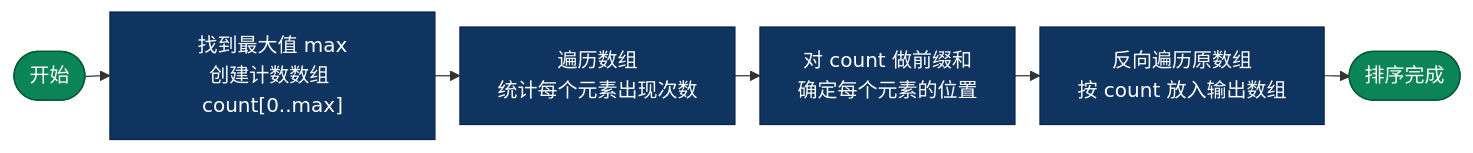
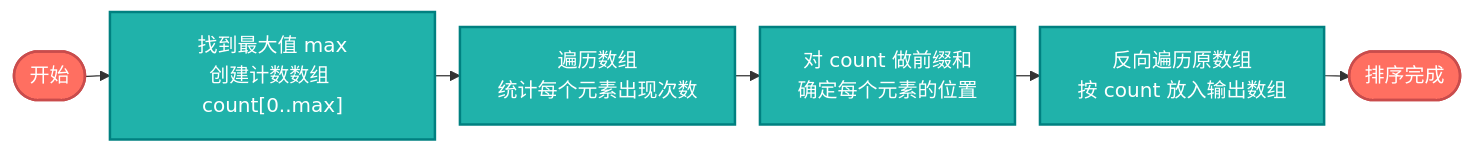
The tenth of 14 diagrams in sorting/AI-Era-Top-10-Sorting-Algorithms.md (microwind/algorithms), drawn with Mermaid before and after one commit. The commit also changed other lines of this file and 36 other files, not shown here.

````diff
--- a/sorting/AI-Era-Top-10-Sorting-Algorithms.md
+++ b/sorting/AI-Era-Top-10-Sorting-Algorithms.md
@@ -615,15 +628,16 @@
 ```mermaid
 %%{init: {'flowchart': {'nodeSpacing': 10, 'rankSpacing': 20, 'padding': 15}}}%%
 graph LR
     S(["开始"]) --> RANGE["找到最大值 max\n创建计数数组 count[0..max]"]
     RANGE --> COUNT["遍历数组\n统计每个元素出现次数"]
     COUNT --> PREFIX["对 count 做前缀和\n确定每个元素的位置"]
     PREFIX --> FILL["反向遍历原数组\n按 count 放入输出数组"]
     FILL --> END(["排序完成"])
 
-    classDef start fill:#0b8457,color:#fff,stroke:#065535
-    classDef process fill:#0f3460,color:#fff,stroke:#0a2647
+    classDef start fill:#ff6f61,color:#fff,stroke:#c94c4c,stroke-width:2px
+    classDef process fill:#20b2aa,color:#fff,stroke:#008080,stroke-width:2px
+
 
     class S,END start
     class RANGE,COUNT,PREFIX,FILL process
 ```
````
